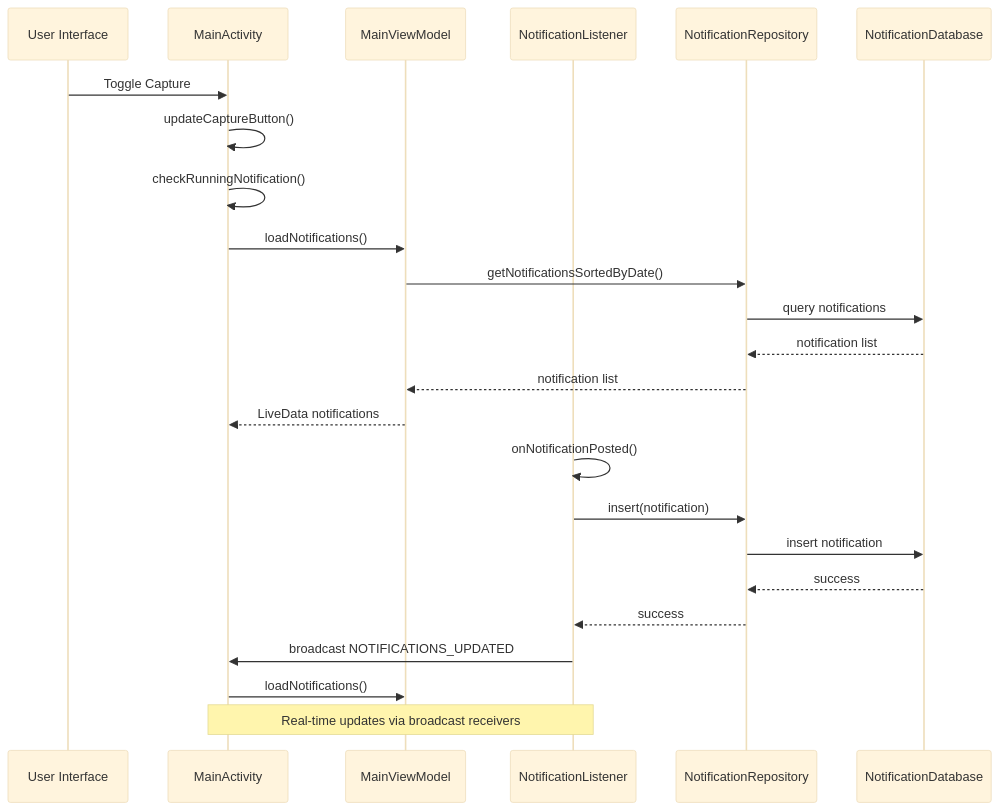
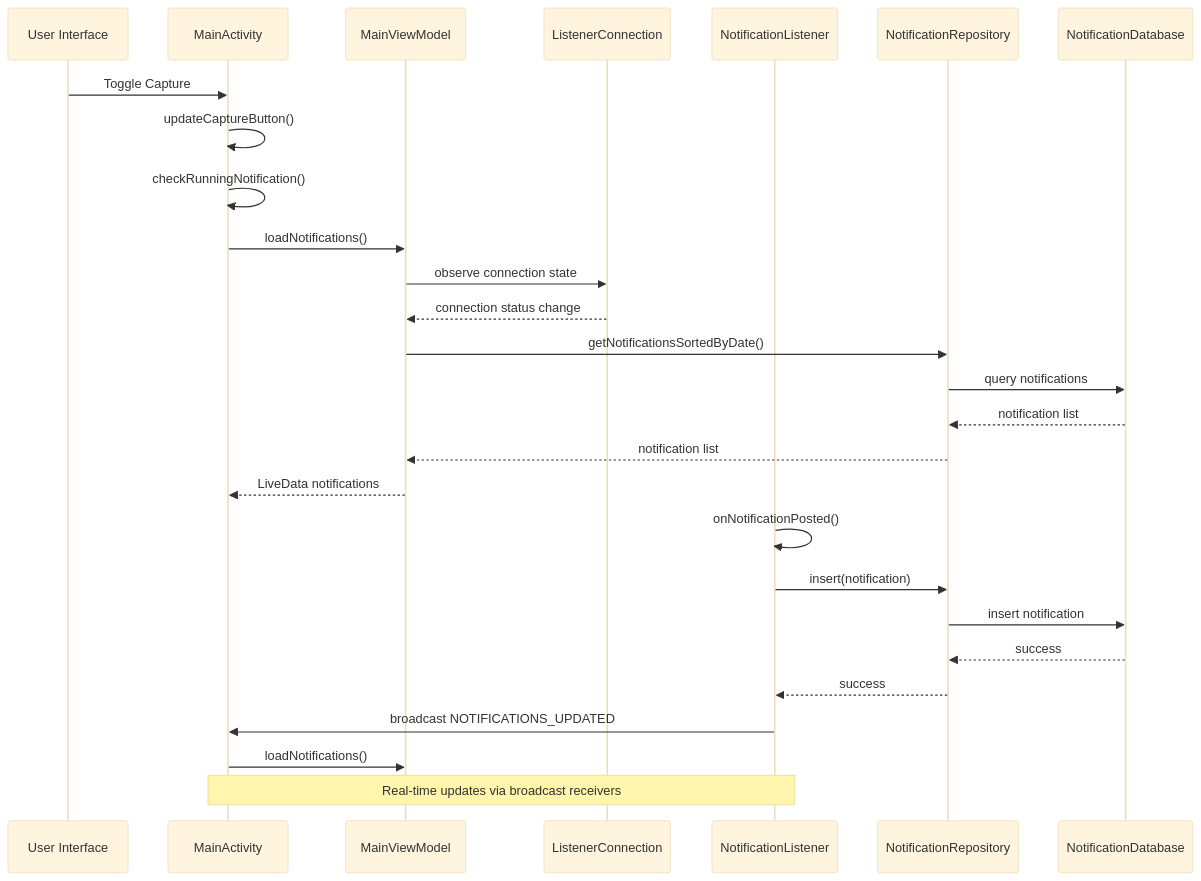
The second of 10 diagrams in .qoder/repowiki/en/content/User Interface/Main Activity Interface.md (caldefoc/NotificationLog), drawn with Mermaid (base theme) before and after one commit. The commit also changed other lines of this file and 13 other files, not shown here.

````diff
--- a/.qoder/repowiki/en/content/User Interface/Main Activity Interface.md
+++ b/.qoder/repowiki/en/content/User Interface/Main Activity Interface.md
@@ -119,26 +136,29 @@
 ```mermaid
 sequenceDiagram
 participant User as User Interface
 participant MA as MainActivity
 participant VM as MainViewModel
+participant LC as ListenerConnection
 participant NL as NotificationListener
 participant NR as NotificationRepository
 participant DB as NotificationDatabase
 User->>MA : Toggle Capture
 MA->>MA : updateCaptureButton()
 MA->>MA : checkRunningNotification()
 MA->>VM : loadNotifications()
+VM->>LC : observe connection state
+LC-->>VM : connection status change
 VM->>NR : getNotificationsSortedByDate()
 NR->>DB : query notifications
 DB-->>NR : notification list
 NR-->>VM : notification list
 VM-->>MA : LiveData notifications
 NL->>NL : onNotificationPosted()
 NL->>NR : insert(notification)
 NR->>DB : insert notification
 DB-->>NR : success
 NR-->>NL : success
 NL->>MA : broadcast NOTIFICATIONS_UPDATED
 MA->>VM : loadNotifications()
 Note over MA,NL : Real-time updates via broadcast receivers
 ```
````
